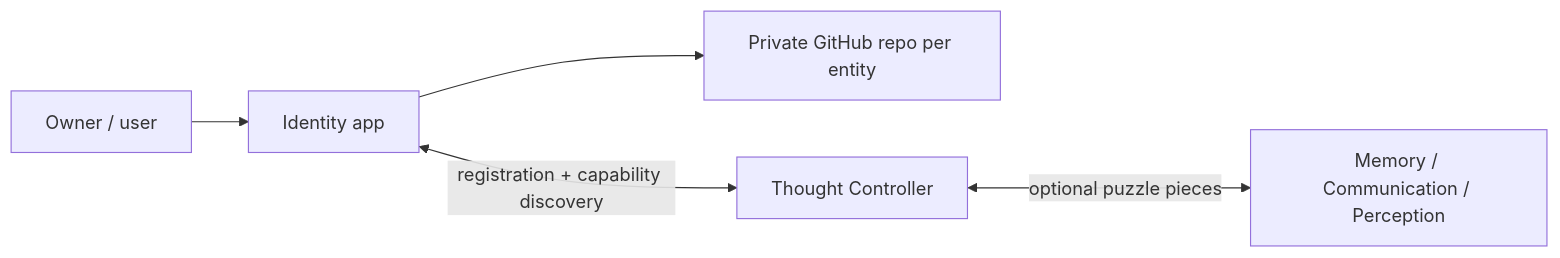
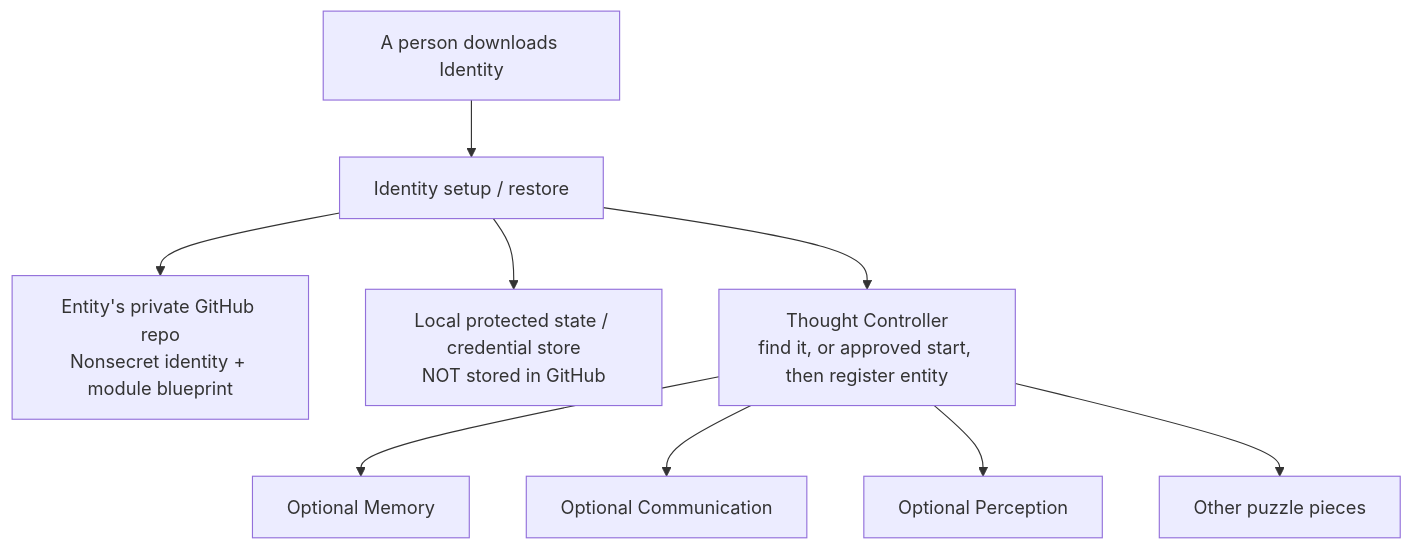
One commit to Arameair/identity changed the diagram in README.md. Above: the diagram before and after it, drawn with Mermaid. The commit also changed other lines of this file and 14 other files, not shown here.

Commit message:
docs: design navigable Identity blueprint, guided onboarding, security and controller integration

````diff
--- a/README.md
+++ b/README.md
@@ -19,7 +29,11 @@
-```mermaid
-flowchart LR
-    U[Owner / user] --> I[Identity app]
-    I --> R[Private GitHub repo per entity]
-    I <-->|registration + capability discovery| T[Thought Controller]
-    T <-->|optional puzzle pieces| M[Memory / Communication / Perception]
-```
+~~~mermaid
+flowchart TD
+    U["A person downloads Identity"] --> I["Identity setup / restore"]
+    I --> G["Entity's private GitHub repo<br/>Nonsecret identity + module blueprint"]
+    I --> S["Local protected state / credential store<br/>NOT stored in GitHub"]
+    I --> T["Thought Controller<br/>find it, or approved start, then register entity"]
+    T --> M["Optional Memory"]
+    T --> C["Optional Communication"]
+    T --> P["Optional Perception"]
+    T --> X["Other puzzle pieces"]
+~~~
````
